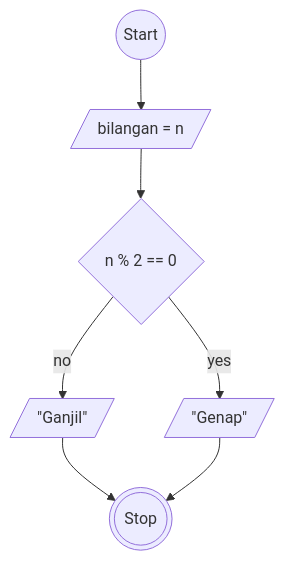
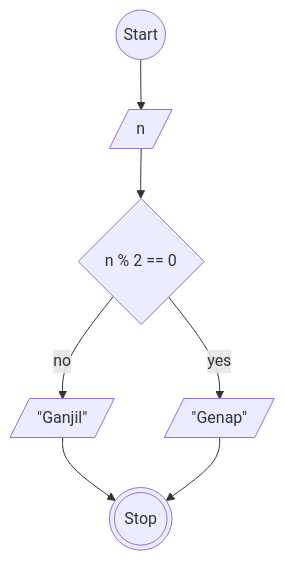
Before and after one commit to muhammadfajarr30/koda-b8-algoritma: the diagram in ganjil-genap.md, drawn with Mermaid. The commit also changed other lines of this file, not shown here.

````diff
--- a/ganjil-genap.md
+++ b/ganjil-genap.md
@@ -19,20 +19,20 @@
 ```mermaid
 flowchart TD
 a@{ shape: circle, label: "Start" }
-b@{ shape: lean-r, label: "bilangan = n " }
+b@{ shape: lean-r, label: "n " }
 c@{ shape: diamond, label: "n % 2 == 0" }
 d@{ shape: lean-r, label: "#quot;Genap#quot;" }
 e@{ shape: lean-r, label: "#quot;Ganjil#quot;" }
 f@{ shape: dbl-circ, label: "Stop" }
 
 
 
 a --> b
 b --> c
 c -- yes --> d
 c -- no --> e
 e --> f
 d--> f
 
 
 ```
````
